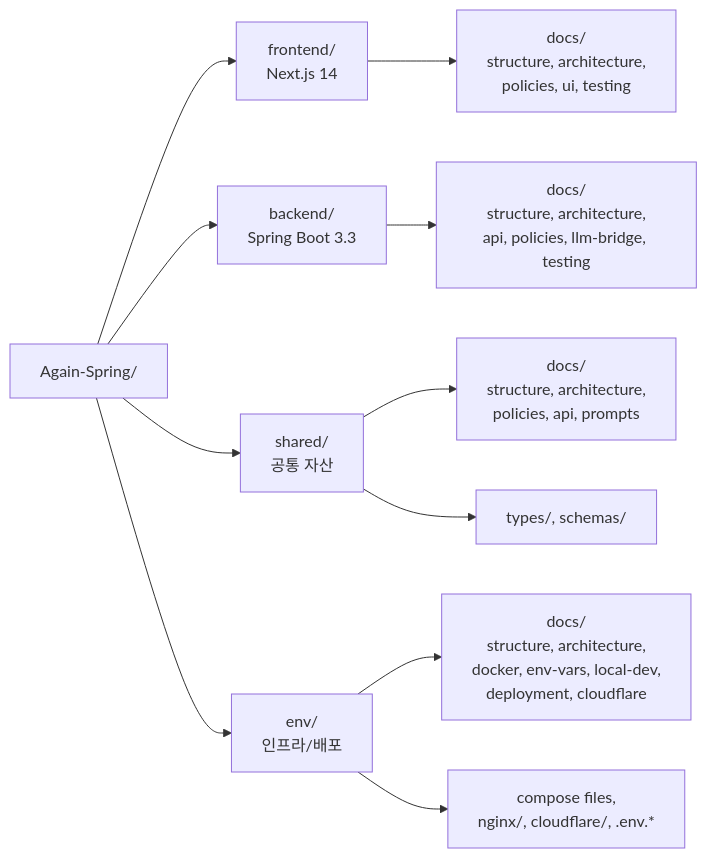
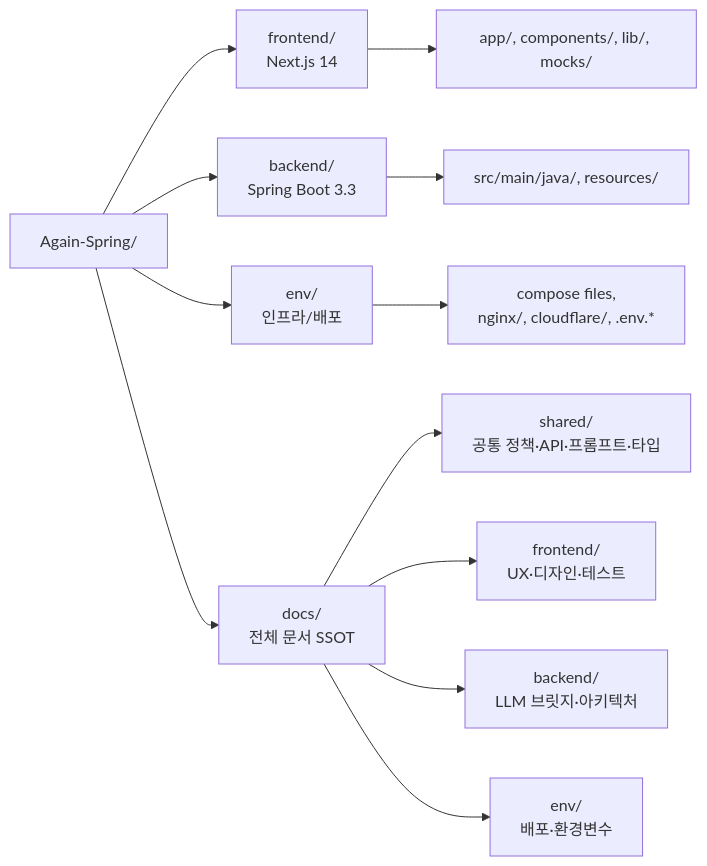
Before and after one commit to Justant-source/Again-Spring: the diagram in docs/shared/structure.md, drawn with Mermaid. The commit also changed other lines of this file and 50 other files, not shown here.

First line of the commit message:
refactor(docs): shared/ 모듈 삭제 → docs/shared/ 단일 SSOT 통합

````diff
--- a/docs/shared/structure.md
+++ b/docs/shared/structure.md
@@ -3,15 +3,16 @@
 ```mermaid
 flowchart LR
     Root[Again-Spring/]
     Root --> FE[frontend/<br/>Next.js 14]
     Root --> BE[backend/<br/>Spring Boot 3.3]
-    Root --> Shared[shared/<br/>공통 자산]
     Root --> Env[env/<br/>인프라/배포]
+    Root --> Docs[docs/<br/>전체 문서 SSOT]
 
-    FE --> FE_docs[docs/<br/>structure, architecture,<br/>policies, ui, testing]
-    BE --> BE_docs[docs/<br/>structure, architecture,<br/>api, policies, llm-bridge, testing]
-    Shared --> S_docs[docs/<br/>structure, architecture,<br/>policies, api, prompts]
-    Shared --> S_types[types/, schemas/]
-    Env --> E_docs[docs/<br/>structure, architecture,<br/>docker, env-vars, local-dev,<br/>deployment, cloudflare]
+    FE --> FE_src[app/, components/, lib/, mocks/]
+    BE --> BE_src[src/main/java/, resources/]
+    Docs --> D_shared[shared/<br/>공통 정책·API·프롬프트·타입]
+    Docs --> D_fe[frontend/<br/>UX·디자인·테스트]
+    Docs --> D_be[backend/<br/>LLM 브릿지·아키텍처]
+    Docs --> D_env[env/<br/>배포·환경변수]
     Env --> E_compose[compose files,<br/>nginx/, cloudflare/, .env.*]
 ```
````
